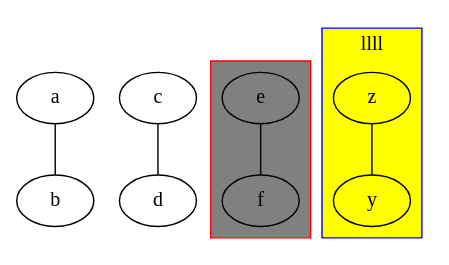
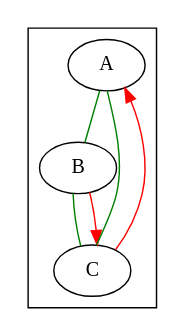
Before and after one commit to lpxxn/dot_graph: the diagram in simple2.dot, drawn with Graphviz. The commit also changed other lines of this file and 3 other files, not shown here.

```diff
--- a/simple2.dot
+++ b/simple2.dot
@@ -1,15 +1,11 @@
-graph G {
-
-    a -- b
-    c -- d
-    subgraph cluster1 {
-        graph[color=red, bgcolor=grey]
-        e -- f
-    }
-    subgraph cluster2 {
-        color = blue
-        bgcolor=yellow
-        label=llll
-        z -- y
-    }
+digraph G1 {
+    subgraph cluster_1 {
+        edge [dir=none, color=green];
+        A -> B -> C -> A;
+    };
+    subgraph cluster_2 {
+        edge [color=red];
+        B -> C;
+        C -> A;
+    };
 }
```
